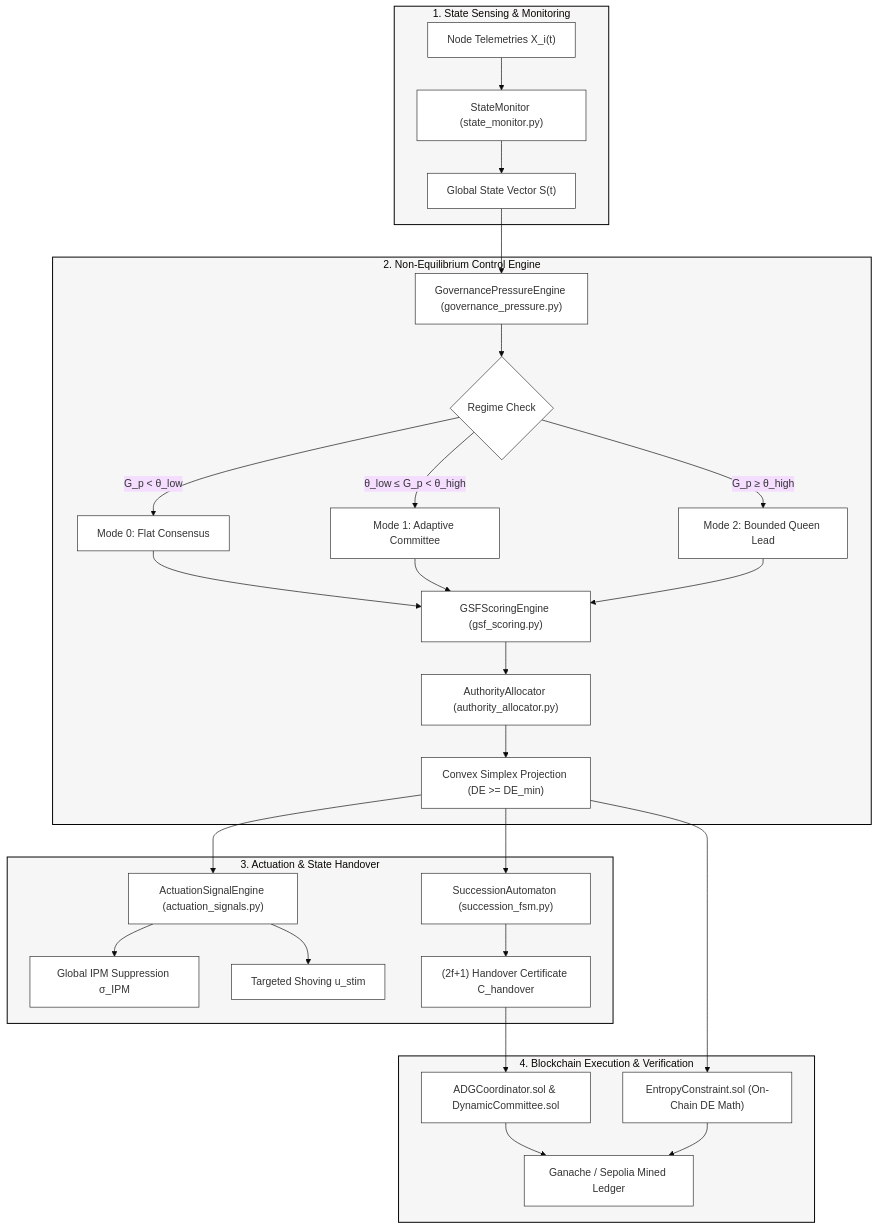
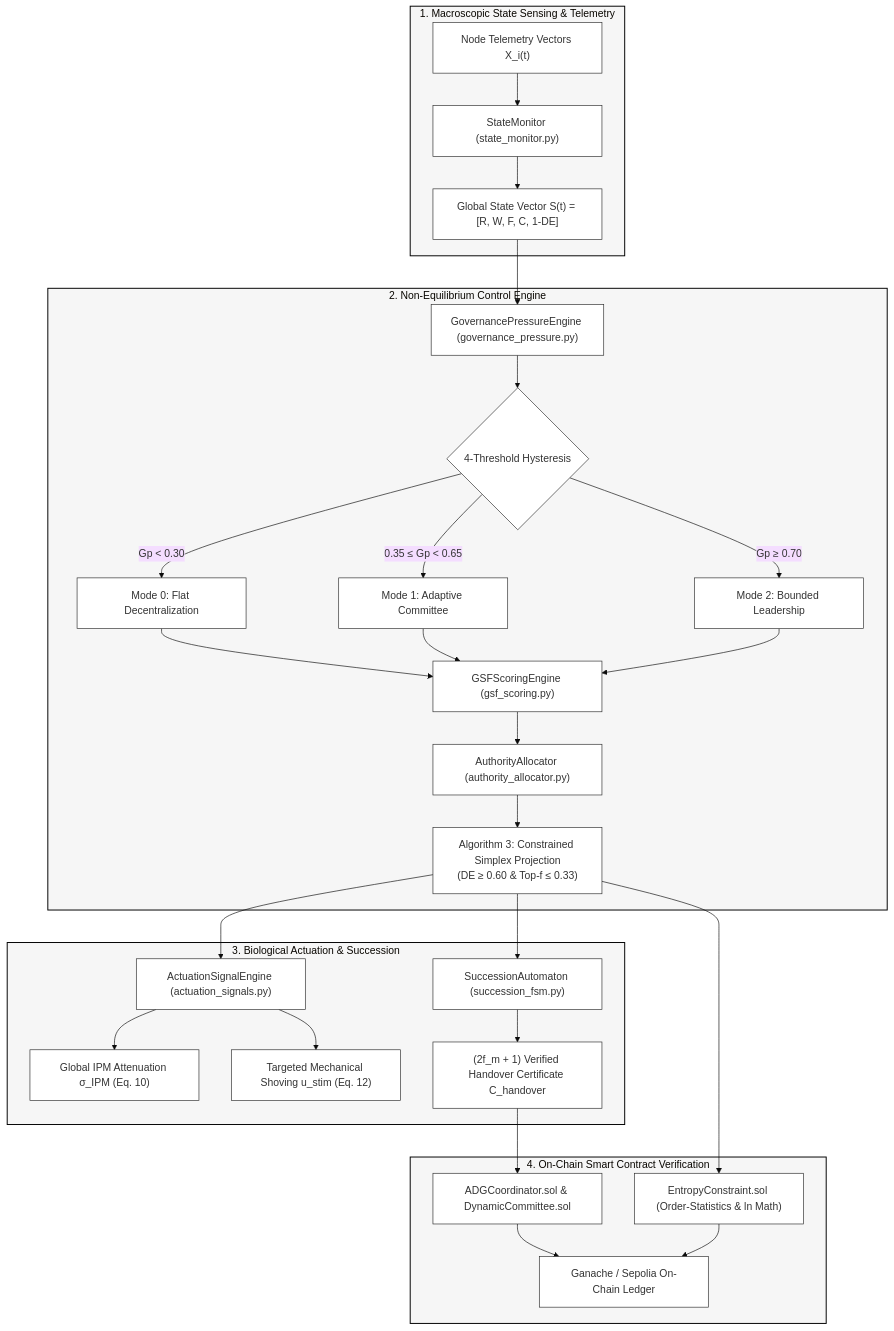
The diagram in README.md (RayanAndish/ADG-Mole-Rat), drawn with Mermaid (base theme) before and after one commit. The commit also changed other lines of this file and 33 other files, not shown here.

````diff
--- a/README.md
+++ b/README.md
@@ -161,37 +215,37 @@
 ```mermaid
 flowchart TD
-    subgraph Sensing["1. State Sensing & Monitoring"]
-        In["Node Telemetries X_i(t)"] --> SM["StateMonitor (state_monitor.py)"]
-        SM --> S["Global State Vector S(t)"]
+    subgraph Sensing["1. Macroscopic State Sensing & Telemetry"]
+        In["Node Telemetry Vectors X_i(t)"] --> SM["StateMonitor (state_monitor.py)"]
+        SM --> S["Global State Vector S(t) = [R, W, F, C, 1-DE]"]
     end
 
     subgraph Control["2. Non-Equilibrium Control Engine"]
         S --> GP["GovernancePressureEngine (governance_pressure.py)"]
-        GP --> Mode{"Regime Check"}
-        Mode -->|G_p < θ_low| M0["Mode 0: Flat Consensus"]
-        Mode -->|θ_low ≤ G_p < θ_high| M1["Mode 1: Adaptive Committee"]
-        Mode -->|G_p ≥ θ_high| M2["Mode 2: Bounded Queen Lead"]
+        GP --> Hyst{"4-Threshold Hysteresis"}
+        Hyst -->|Gp < 0.30| M0["Mode 0: Flat Decentralization"]
+        Hyst -->|0.35 ≤ Gp < 0.65| M1["Mode 1: Adaptive Committee"]
+        Hyst -->|Gp ≥ 0.70| M2["Mode 2: Bounded Leadership"]
         
         M0 & M1 & M2 --> GSF["GSFScoringEngine (gsf_scoring.py)"]
         GSF --> Alloc["AuthorityAllocator (authority_allocator.py)"]
-        Alloc --> Proj["Convex Simplex Projection (DE >= DE_min)"]
+        Alloc --> Proj["Algorithm 3: Constrained Simplex Projection\n(DE ≥ 0.60 & Top-f ≤ 0.33)"]
     end
 
-    subgraph Actuation["3. Actuation & State Handover"]
+    subgraph Actuation["3. Biological Actuation & Succession"]
         Proj --> Sig["ActuationSignalEngine (actuation_signals.py)"]
-        Sig --> IPM["Global IPM Suppression σ_IPM"]
-        Sig --> Shov["Targeted Shoving u_stim"]
+        Sig --> IPM["Global IPM Attenuation σ_IPM (Eq. 10)"]
+        Sig --> Shov["Targeted Mechanical Shoving u_stim (Eq. 12)"]
         Proj --> FSM["SuccessionAutomaton (succession_fsm.py)"]
-        FSM --> Cert["(2f+1) Handover Certificate C_handover"]
+        FSM --> Cert["(2f_m + 1) Verified Handover Certificate C_handover"]
     end
 
-    subgraph EVM["4. Blockchain Execution & Verification"]
+    subgraph EVM["4. On-Chain Smart Contract Verification"]
         Cert --> SC1["ADGCoordinator.sol & DynamicCommittee.sol"]
-        Proj --> SC2["EntropyConstraint.sol (On-Chain DE Math)"]
-        SC1 & SC2 --> Chain["Ganache / Sepolia Mined Ledger"]
+        Proj --> SC2["EntropyConstraint.sol (Order-Statistics & ln Math)"]
+        SC1 & SC2 --> Chain["Ganache / Sepolia On-Chain Ledger"]
     end
 
     classDef default fill:#ffffff,stroke:#2b2b2b,stroke-width:1px;
     classDef highlight fill:#f6f6f6,stroke:#000000,stroke-width:1.5px;
     class Sensing,Control,Actuation,EVM highlight;
 ```
````
